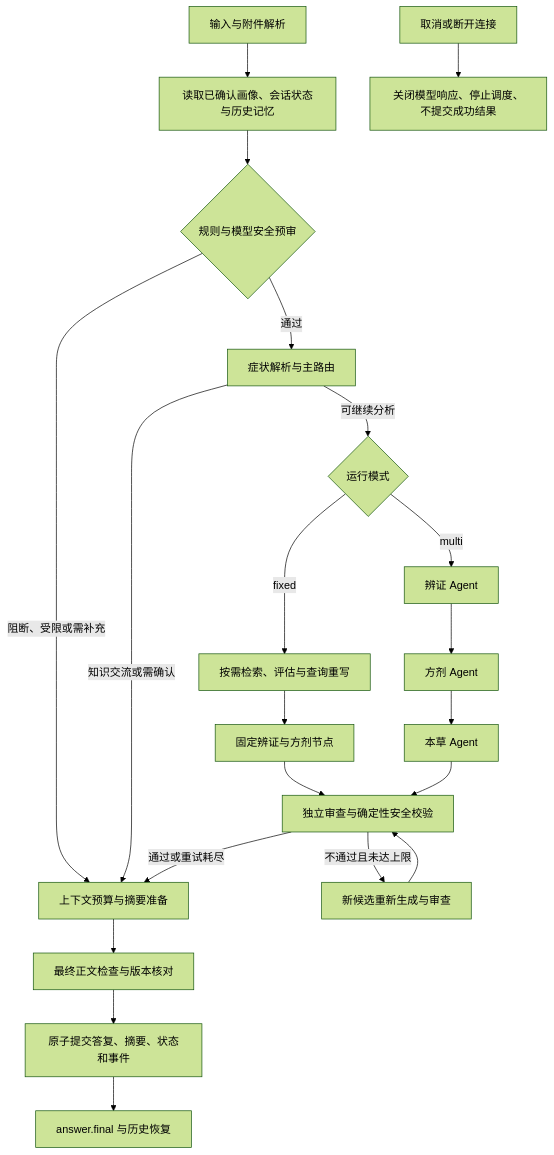
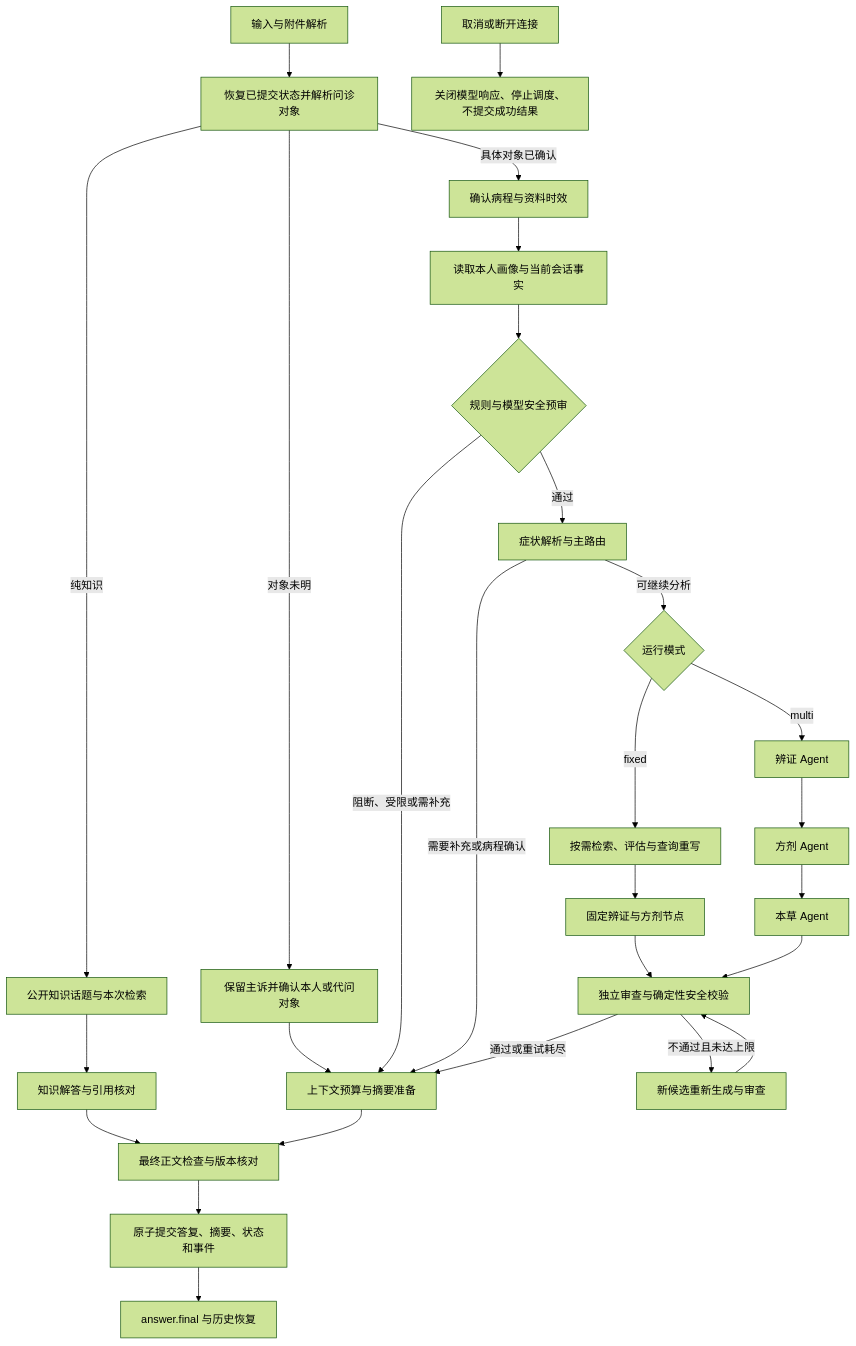
One commit to fancyncc/QiWen changed the diagram in docs/agent.md. Above: the diagram before and after it, drawn with Mermaid (forest theme). The commit also changed other lines of this file and 238 other files, not shown here.

````diff
--- a/docs/agent.md
+++ b/docs/agent.md
@@ -9,23 +11,30 @@
 ```mermaid
 flowchart TD
-    A[输入与附件解析] --> B[读取已确认画像、会话状态与历史记忆]
+    A[输入与附件解析] --> S[恢复已提交状态并解析问诊对象]
+    S -->|纯知识| V[公开知识话题与本次检索]
+    S -->|对象未明| W[保留主诉并确认本人或代问对象]
+    S -->|具体对象已确认| EP[确认病程与资料时效]
+    EP --> B[读取本人画像与当前会话事实]
+    W --> N
+    V --> VA[知识解答与引用核对]
+    VA --> O
     B --> C{规则与模型安全预审}
     C -->|阻断、受限或需补充| N[上下文预算与摘要准备]
     C -->|通过| D[症状解析与主路由]
-    D -->|知识交流或需确认| N
+    D -->|需要补充或病程确认| N
     D -->|可继续分析| E{运行模式}
     E -->|fixed| F[按需检索、评估与查询重写]
     F --> G[固定辨证与方剂节点]
     E -->|multi| H[辨证 Agent]
     H --> I[方剂 Agent]
     I --> J[本草 Agent]
     G --> K[独立审查与确定性安全校验]
     J --> K
     K -->|不通过且未达上限| L[新候选重新生成与审查]
     L --> K
     K -->|通过或重试耗尽| N
     N --> O[最终正文检查与版本核对]
     O --> P[原子提交答复、摘要、状态和事件]
     P --> Q[answer.final 与历史恢复]
     T[取消或断开连接] --> U[关闭模型响应、停止调度、不提交成功结果]
 ```
````
